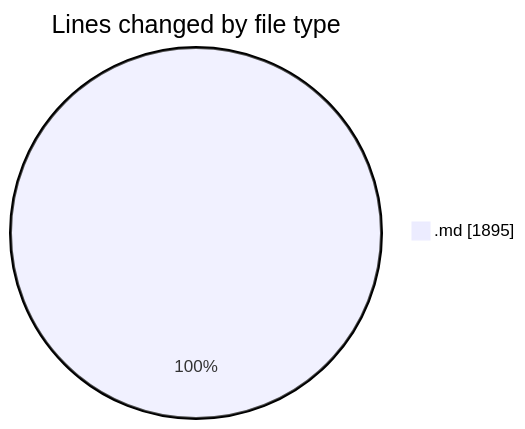
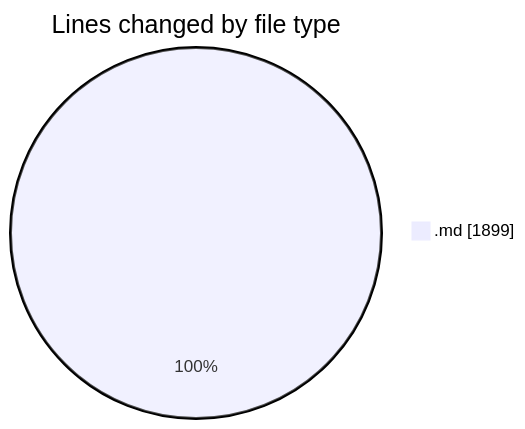
Before and after one commit to Ritupan-Deka/code-tracking: the first of 2 diagrams in 2025-07-18/urlwebwala_intership_work/README.md, drawn with Mermaid. The commit also changed other lines of this file and 1 other file, not shown here.

````diff
--- a/2025-07-18/urlwebwala_intership_work/README.md
+++ b/2025-07-18/urlwebwala_intership_work/README.md
@@ -21,5 +21,5 @@
 ```mermaid
 pie showData
 title Lines changed by file type
-".md" : 1895
+".md" : 1899
 ```
````
